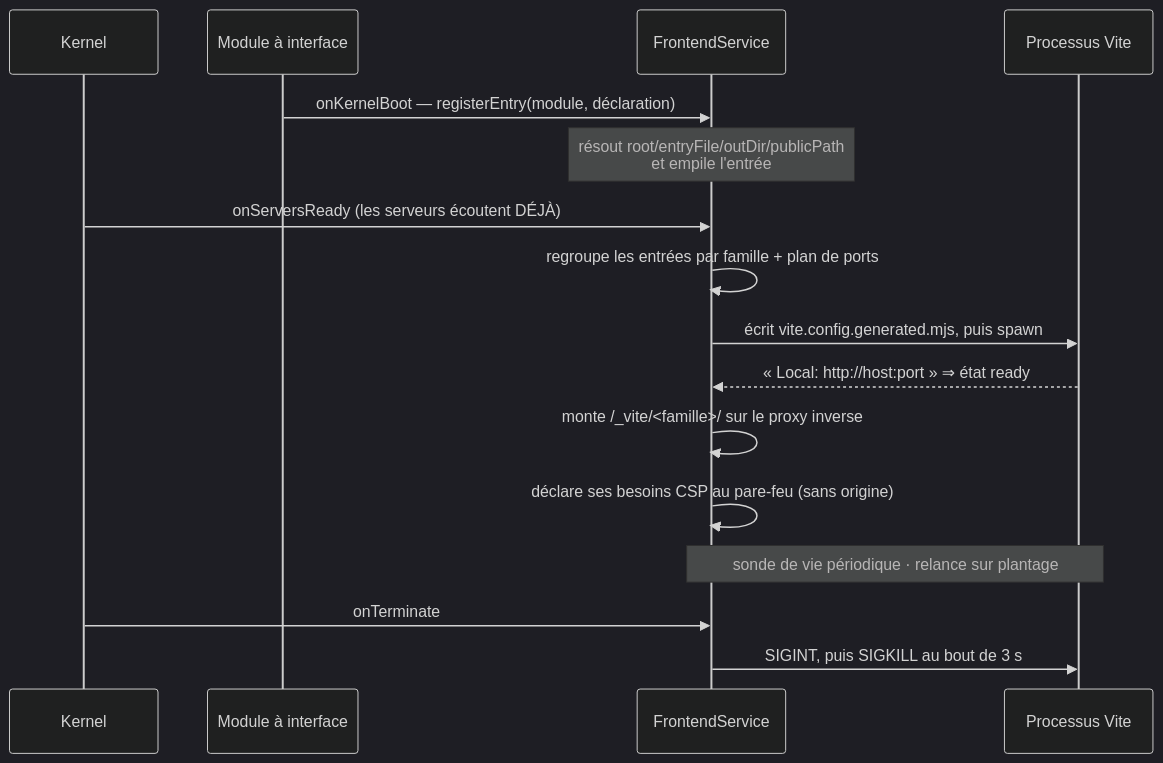
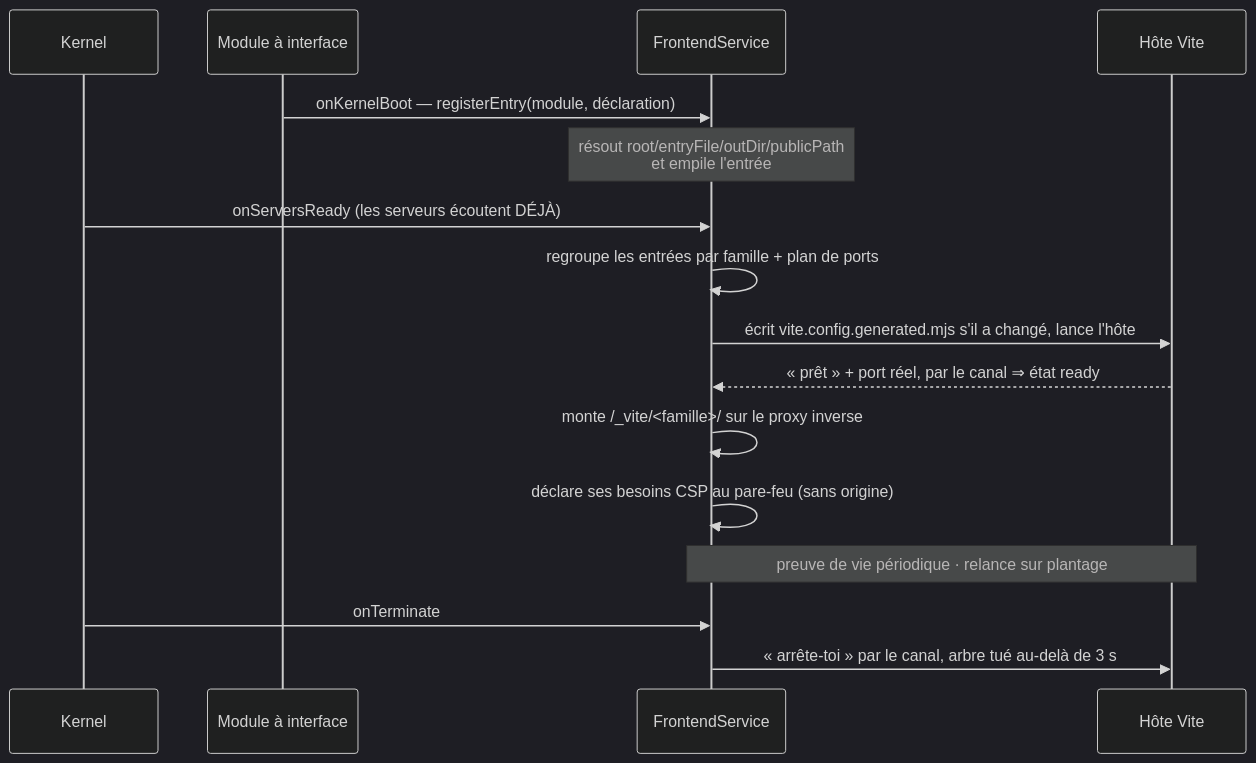
The second of 2 diagrams in src/packages/@nodefony/frontend/docs/index.md (nodefony/nodefony-core), drawn with Mermaid (dark theme) before and after one commit. The commit also changed other lines of this file and 80 other files, not shown here.

````diff
--- a/src/packages/@nodefony/frontend/docs/index.md
+++ b/src/packages/@nodefony/frontend/docs/index.md
@@ -495,18 +503,18 @@
 ```mermaid
 sequenceDiagram
   participant K as Kernel
   participant M as Module à interface
   participant S as FrontendService
-  participant V as Processus Vite
+  participant V as Hôte Vite
   M->>S: onKernelBoot — registerEntry(module, déclaration)
   Note over S: résout root/entryFile/outDir/publicPath<br/>et empile l'entrée
   K->>S: onServersReady (les serveurs écoutent DÉJÀ)
   S->>S: regroupe les entrées par famille + plan de ports
-  S->>V: écrit vite.config.generated.mjs, puis spawn
-  V-->>S: « Local: http://host:port » ⇒ état ready
+  S->>V: écrit vite.config.generated.mjs s'il a changé, lance l'hôte
+  V-->>S: « prêt » + port réel, par le canal ⇒ état ready
   S->>S: monte /_vite/<famille>/ sur le proxy inverse
   S->>S: déclare ses besoins CSP au pare-feu (sans origine)
-  Note over S,V: sonde de vie périodique · relance sur plantage
+  Note over S,V: preuve de vie périodique · relance sur plantage
   K->>S: onTerminate
-  S->>V: SIGINT, puis SIGKILL au bout de 3 s
+  S->>V: « arrête-toi » par le canal, arbre tué au-delà de 3 s
 ```
````
